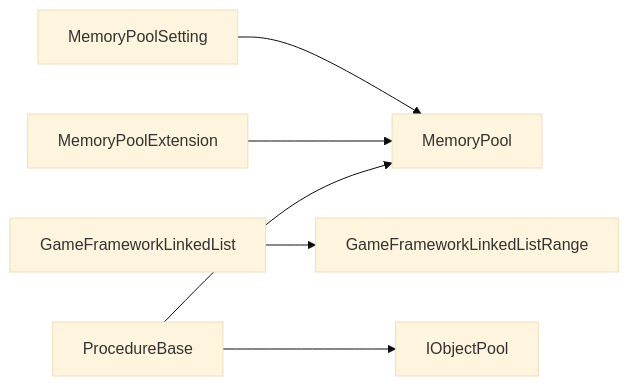
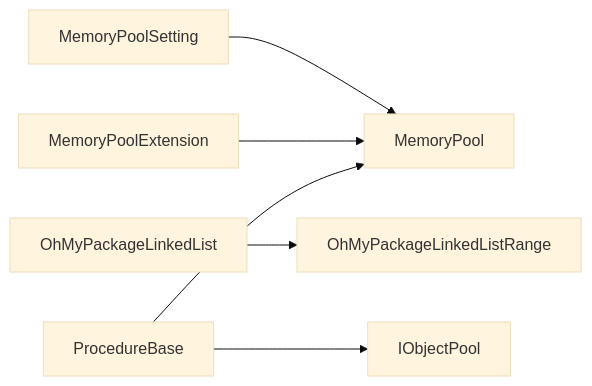
The fifth of 5 diagrams in repowiki/zh/content/性能优化/性能优化策略/性能优化策略.md (OxygenIsland/MyGame), drawn with Mermaid (base theme) before and after one commit. The commit also changed other lines of this file and 34 other files, not shown here.

````diff
--- a/repowiki/zh/content/性能优化/性能优化策略/性能优化策略.md
+++ b/repowiki/zh/content/性能优化/性能优化策略/性能优化策略.md
@@ -260,8 +260,8 @@
 ```mermaid
 graph LR
 MPS["MemoryPoolSetting"] --> MP["MemoryPool"]
 MPE["MemoryPoolExtension"] --> MP
-GLL["GameFrameworkLinkedList"] --> GLR["GameFrameworkLinkedListRange"]
+GLL["OhMyPackageLinkedList"] --> GLR["OhMyPackageLinkedListRange"]
 PROC["ProcedureBase"] --> MP
 PROC --> OBJ["IObjectPool"]
 ```
````
